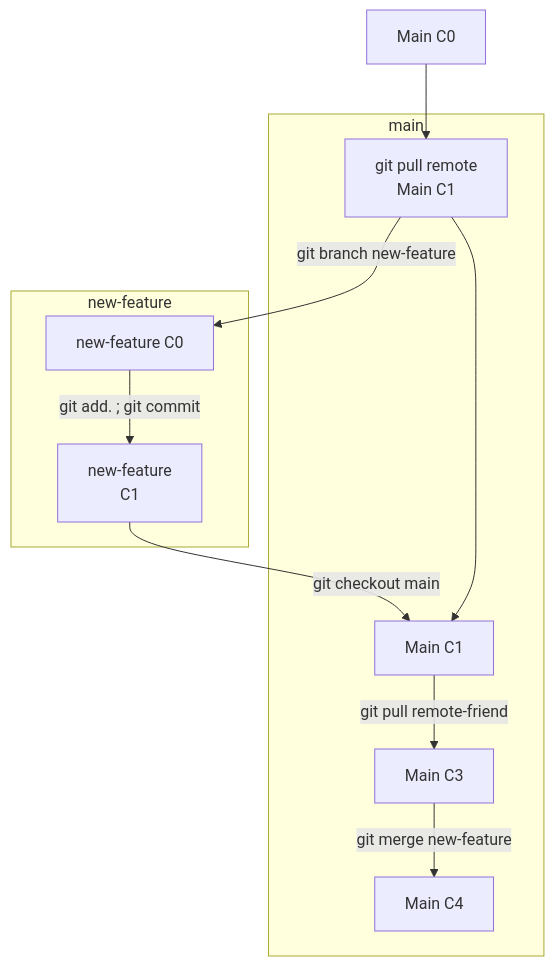
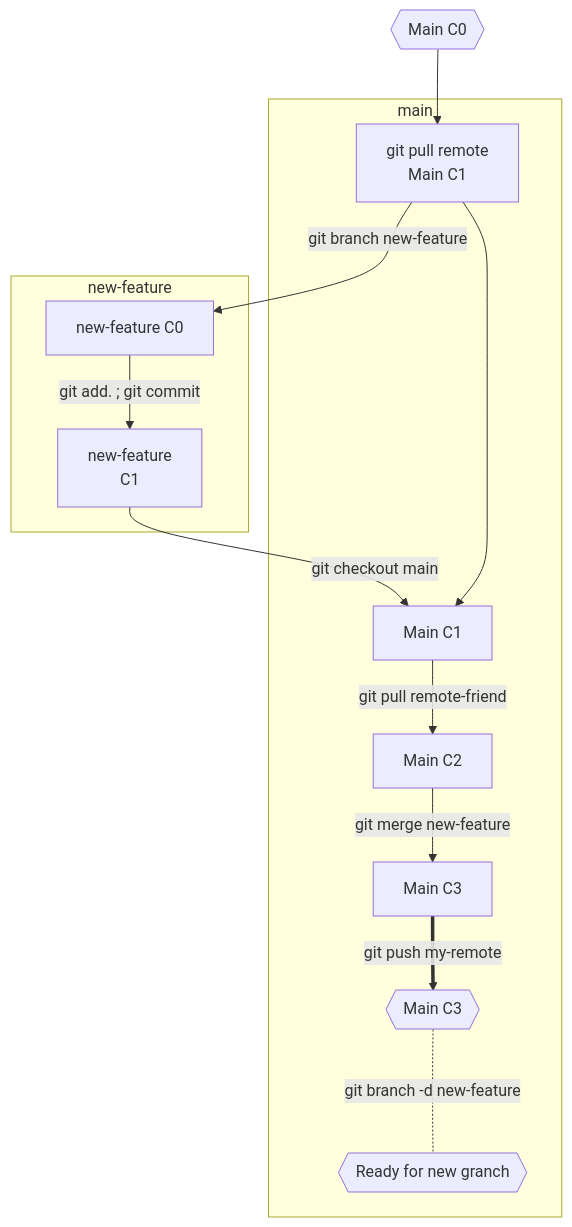
One commit to Ilia1177/minishell changed the diagram in README.md. Above: the diagram before and after it, drawn with Mermaid.

````diff
--- a/README.md
+++ b/README.md
@@ -17,17 +17,19 @@
 ```mermaid
    flowchart TB
-    A[Main C0] --> B[git pull remote
+    A{{Main C0}} --> B[git pull remote
 Main C1]
     B -->|git branch new-feature| C[new-feature C0]
     subgraph new-feature
     C --> |git add. ; git commit|D[new-feature
 C1]
     end
     D --> |git checkout main|E
     subgraph main
     B ---->E[Main C1]
-    E --> |git pull remote-friend| F[Main C3]
-    F --> | git merge new-feature| G[Main C4]
+    E --> |git pull remote-friend| F[Main C2]
+    F --> | git merge new-feature| G[Main C3]
+    G ==> |git push my-remote| H{{Main C3}}
+    H -..- |git branch -d new-feature| I{{Ready for new granch}}
     end
     
 ```
````
